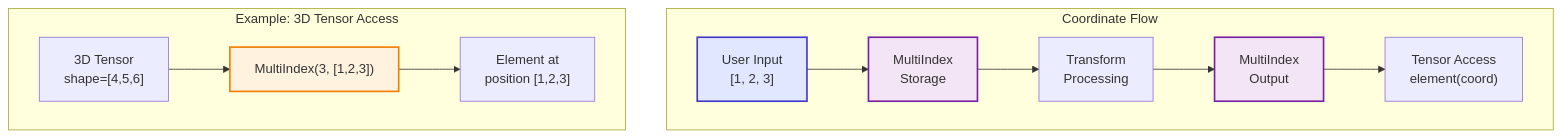
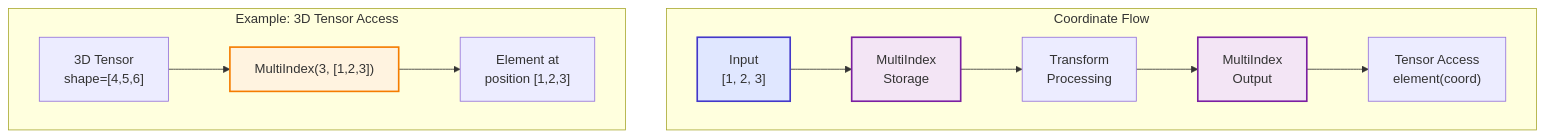
The second of 2 diagrams in docs/conceptual/ck_tile/tensor_coordinates.rst (ROCm/composable_kernel), drawn with Mermaid before and after one commit. The commit also changed other lines of this file and 17 other files, not shown here.

```diff
--- a/docs/conceptual/ck_tile/tensor_coordinates.rst
+++ b/docs/conceptual/ck_tile/tensor_coordinates.rst
@@ -182,21 +182,21 @@
    .. mermaid::
    
       flowchart TB
           subgraph CF ["Coordinate Flow"]
               direction LR
-              UI["User Input<br/>[1, 2, 3]"] --> MI["MultiIndex<br/>Storage"]
+              UI["Input<br/>[1, 2, 3]"] --> MI["MultiIndex<br/>Storage"]
               MI --> TR["Transform<br/>Processing"]
               TR --> MO["MultiIndex<br/>Output"]
               MO --> TA["Tensor Access<br/>element(coord)"]
           end
       
           subgraph EX ["Example: 3D Tensor Access"]
               direction LR
               T3D["3D Tensor<br/>shape=[4,5,6]"] --> COORD["MultiIndex(3, [1,2,3])"]
               COORD --> ELEM["Element at<br/>position [1,2,3]"]
           end
       
           style UI fill:#e0e7ff,stroke:#4338ca,stroke-width:2px
           style MI fill:#f3e5f5,stroke:#7b1fa2,stroke-width:2px
           style MO fill:#f3e5f5,stroke:#7b1fa2,stroke-width:2px
           style COORD fill:#fff3e0,stroke:#f57c00,stroke-width:2px
```
